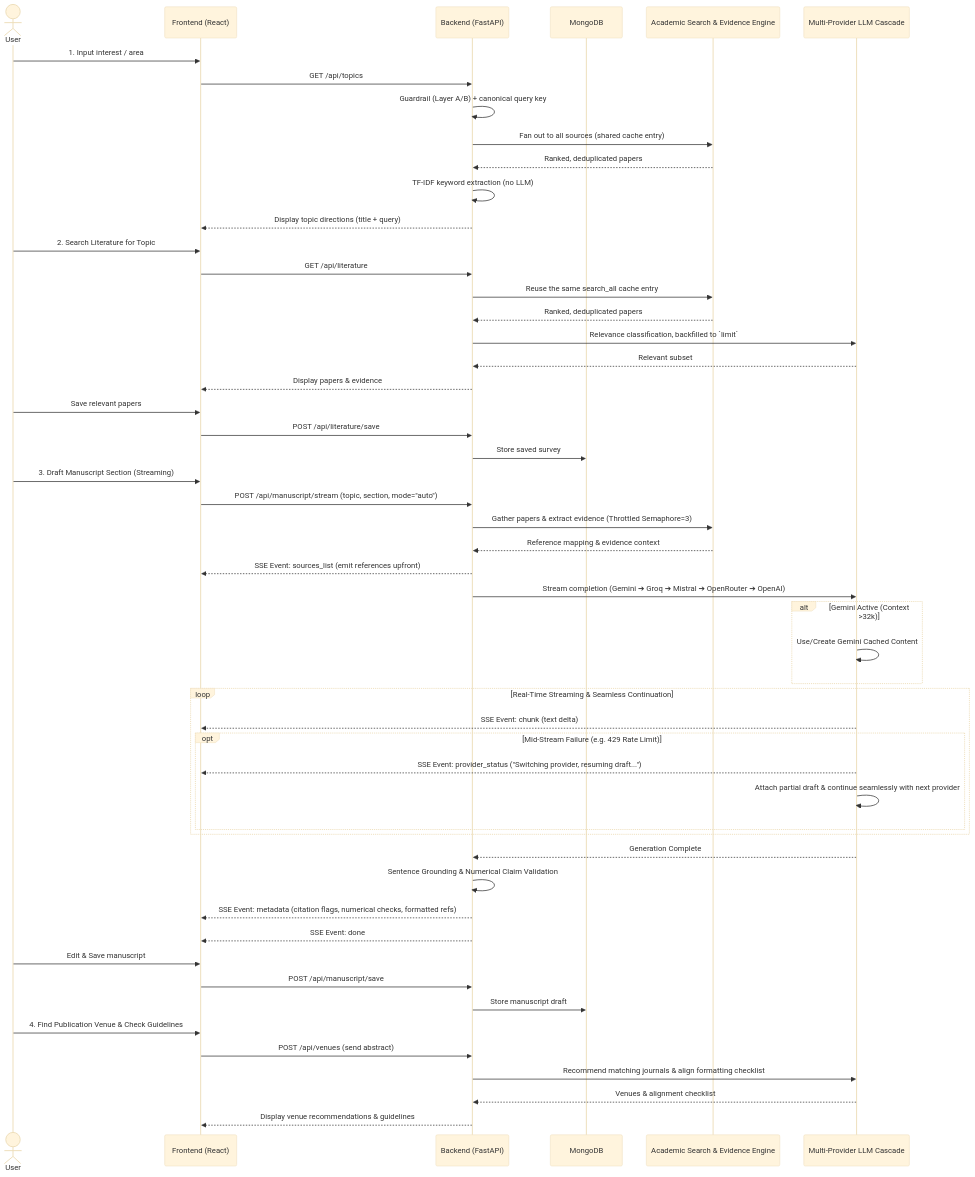
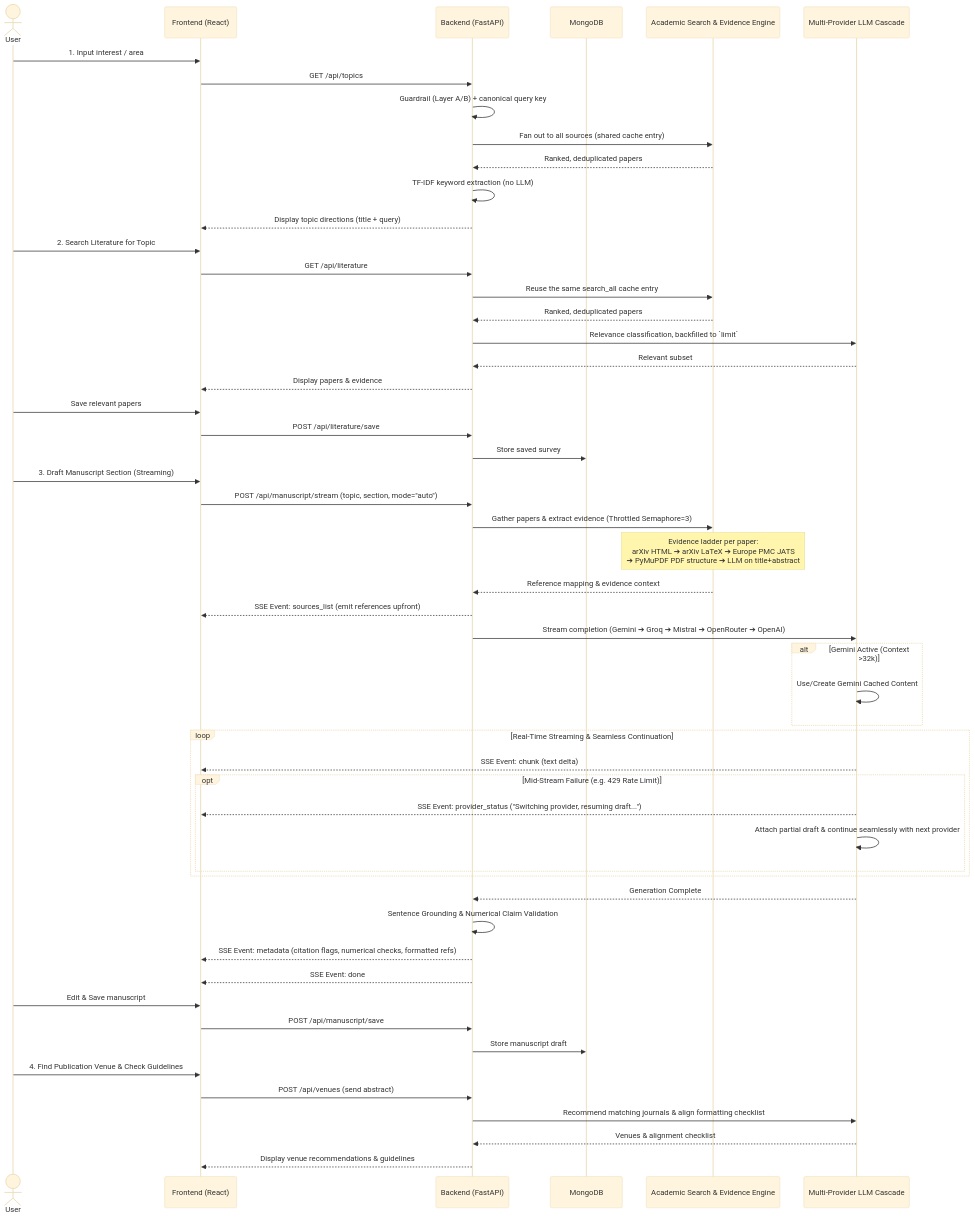
One commit to Saathwik43/Ai_Powered_Research_Agent changed the second of 4 diagrams in architecture_and_workflow.md. Above: the diagram before and after it, drawn with Mermaid (base theme). The commit also changed other lines of this file and 20 other files, not shown here.

````diff
--- a/architecture_and_workflow.md
+++ b/architecture_and_workflow.md
@@ -85,62 +116,63 @@
 ```mermaid
 sequenceDiagram
     actor User
     participant Front as Frontend (React)
     participant API as Backend (FastAPI)
     participant DB as MongoDB
     participant Sources as Academic Search & Evidence Engine
     participant Cascade as Multi-Provider LLM Cascade
 
     User->>Front: 1. Input interest / area
     Front->>API: GET /api/topics
     API->>API: Guardrail (Layer A/B) + canonical query key
     API->>Sources: Fan out to all sources (shared cache entry)
     Sources-->>API: Ranked, deduplicated papers
     API->>API: TF-IDF keyword extraction (no LLM)
     API-->>Front: Display topic directions (title + query)
   
     User->>Front: 2. Search Literature for Topic
     Front->>API: GET /api/literature
     API->>Sources: Reuse the same search_all cache entry
     Sources-->>API: Ranked, deduplicated papers
     API->>Cascade: Relevance classification, backfilled to `limit`
     Cascade-->>API: Relevant subset
     API-->>Front: Display papers & evidence
     User->>Front: Save relevant papers
     Front->>API: POST /api/literature/save
     API->>DB: Store saved survey
   
     User->>Front: 3. Draft Manuscript Section (Streaming)
     Front->>API: POST /api/manuscript/stream (topic, section, mode="auto")
     API->>Sources: Gather papers & extract evidence (Throttled Semaphore=3)
+    Note over Sources: Evidence ladder per paper:<br/>arXiv HTML ➔ arXiv LaTeX ➔ Europe PMC JATS<br/>➔ PyMuPDF PDF structure ➔ LLM on title+abstract
     Sources-->>API: Reference mapping & evidence context
     API-->>Front: SSE Event: sources_list (emit references upfront)
   
     API->>Cascade: Stream completion (Gemini ➔ Groq ➔ Mistral ➔ OpenRouter ➔ OpenAI)
     alt Gemini Active (Context >32k)
         Cascade->>Cascade: Use/Create Gemini Cached Content
     end
   
     loop Real-Time Streaming & Seamless Continuation
         Cascade-->>Front: SSE Event: chunk (text delta)
         opt Mid-Stream Failure (e.g. 429 Rate Limit)
             Cascade-->>Front: SSE Event: provider_status ("Switching provider, resuming draft...")
             Cascade->>Cascade: Attach partial draft & continue seamlessly with next provider
         end
     end
   
     Cascade-->>API: Generation Complete
     API->>API: Sentence Grounding & Numerical Claim Validation
     API-->>Front: SSE Event: metadata (citation flags, numerical checks, formatted refs)
     API-->>Front: SSE Event: done
   
     User->>Front: Edit & Save manuscript
     Front->>API: POST /api/manuscript/save
     API->>DB: Store manuscript draft
   
     User->>Front: 4. Find Publication Venue & Check Guidelines
     Front->>API: POST /api/venues (send abstract)
     API->>Cascade: Recommend matching journals & align formatting checklist
     Cascade-->>API: Venues & alignment checklist
     API-->>Front: Display venue recommendations & guidelines
 ```
````
